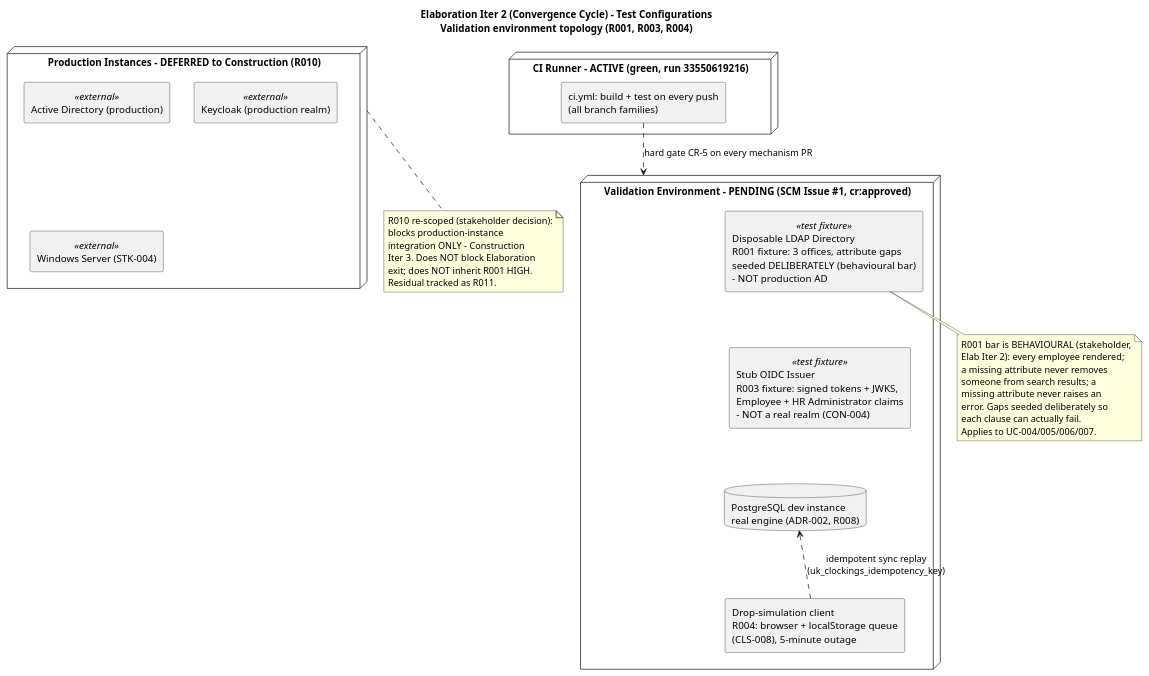
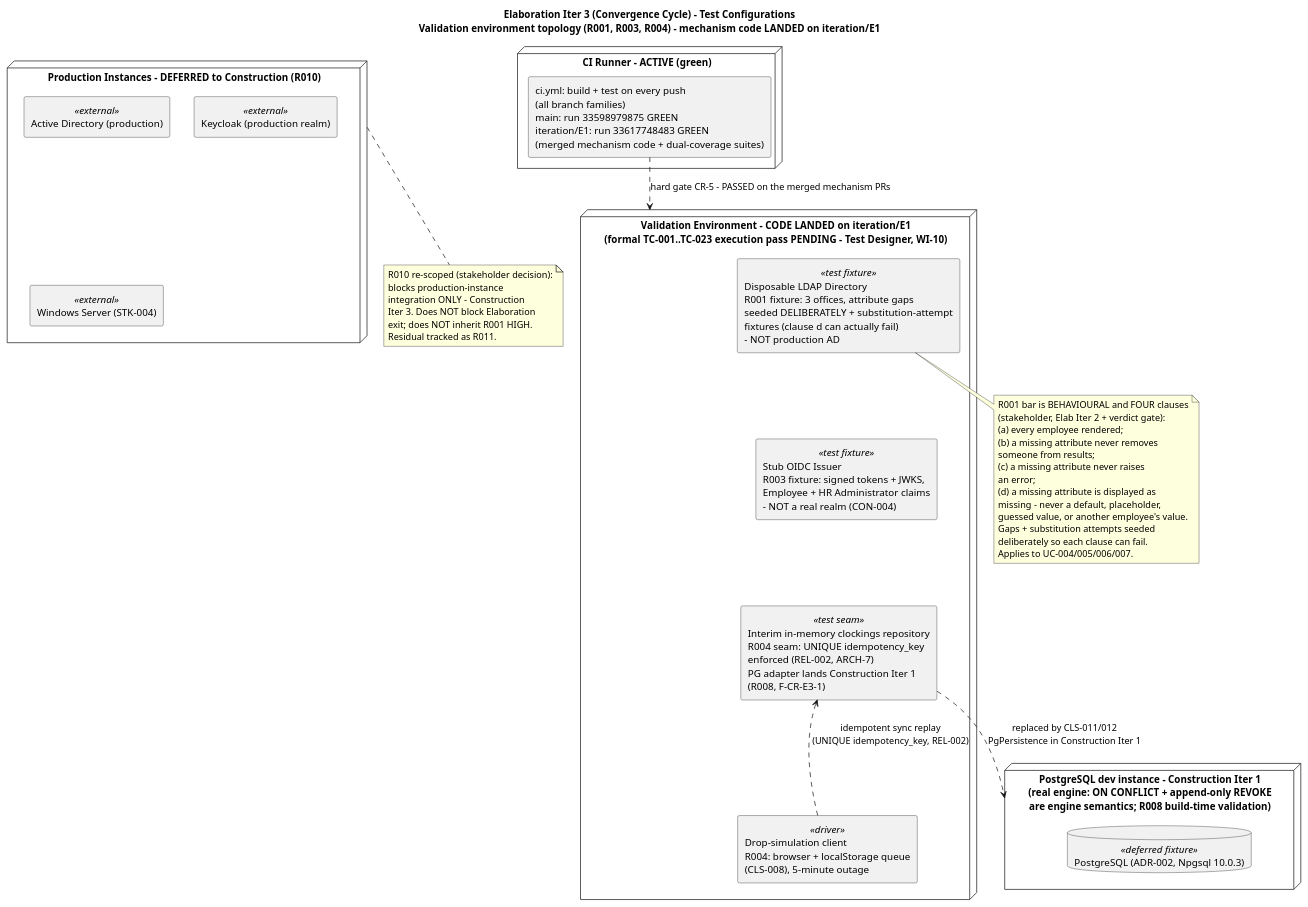
Before and after one commit to banense-test/employee-portal: the first of 5 diagrams in docs/artifacts/test/test-evaluation-summary.md, drawn with PlantUML. The commit also changed other lines of this file, not shown here.

First line of the commit message:
Test Manager [E3]: upsert Test Evaluation Summary

````diff
--- a/docs/artifacts/test/test-evaluation-summary.md
+++ b/docs/artifacts/test/test-evaluation-summary.md
@@ -39,50 +40,60 @@
 ```plantuml
 @startuml
 skinparam componentStyle rectangle
 skinparam fontSize 11
-title Elaboration Iter 2 (Convergence Cycle) - Test Configurations\nValidation environment topology (R001, R003, R004)
+title Elaboration Iter 3 (Convergence Cycle) - Test Configurations\nValidation environment topology (R001, R003, R004) - mechanism code LANDED on iteration/E1
 
-node "CI Runner - ACTIVE (green, run 33550619216)" as CI {
-  component "ci.yml: build + test on every push\n(all branch families)" as CIPIPE
+node "CI Runner - ACTIVE (green)" as CI {
+  component "ci.yml: build + test on every push\n(all branch families)\nmain: run 33598979875 GREEN\niteration/E1: run 33617748483 GREEN\n(merged mechanism code + dual-coverage suites)" as CIPIPE
 }
 
-node "Validation Environment - PENDING (SCM Issue #1, cr:approved)" as VAL {
-  component "Disposable LDAP Directory\nR001 fixture: 3 offices, attribute gaps\nseeded DELIBERATELY (behavioural bar)\n- NOT production AD" as LDAPD <<test fixture>>
+node "Validation Environment - CODE LANDED on iteration/E1\n(formal TC-001..TC-023 execution pass PENDING - Test Designer, WI-10)" as VAL {
+  component "Disposable LDAP Directory\nR001 fixture: 3 offices, attribute gaps\nseeded DELIBERATELY + substitution-attempt\nfixtures (clause d can actually fail)\n- NOT production AD" as LDAPD <<test fixture>>
   component "Stub OIDC Issuer\nR003 fixture: signed tokens + JWKS,\nEmployee + HR Administrator claims\n- NOT a real realm (CON-004)" as STUB <<test fixture>>
-  database "PostgreSQL dev instance\nreal engine (ADR-002, R008)" as PGDEV
-  component "Drop-simulation client\nR004: browser + localStorage queue\n(CLS-008), 5-minute outage" as DROP
+  component "Interim in-memory clockings repository\nR004 seam: UNIQUE idempotency_key\nenforced (REL-002, ARCH-7)\nPG adapter lands Construction Iter 1\n(R008, F-CR-E3-1)" as REPO <<test seam>>
+  component "Drop-simulation client\nR004: browser + localStorage queue\n(CLS-008), 5-minute outage" as DROPC <<driver>>
+}
+
+node "PostgreSQL dev instance - Construction Iter 1\n(real engine: ON CONFLICT + append-only REVOKE\nare engine semantics; R008 build-time validation)" as PGDEF {
+  database "PostgreSQL (ADR-002, Npgsql 10.0.3)" as PGDEV <<deferred fixture>>
 }
 
 node "Production Instances - DEFERRED to Construction (R010)" as PROD {
   component "Active Directory (production)" as ADP <<external>>
   component "Keycloak (production realm)" as KCP <<external>>
   component "Windows Server (STK-004)" as WSP <<external>>
 }
 
-CIPIPE ..> VAL : hard gate CR-5 on every mechanism PR
-DROP ..> PGDEV : idempotent sync replay\n(uk_clockings_idempotency_key)
+CIPIPE ..> VAL : hard gate CR-5 - PASSED on the merged mechanism PRs
+DROPC ..> REPO : idempotent sync replay\n(UNIQUE idempotency_key, REL-002)
+REPO ..> PGDEF : replaced by CLS-011/012\nPgPersistence in Construction Iter 1
 LDAPD -[hidden]-> STUB
-STUB -[hidden]-> PGDEV
-PGDEV -[hidden]-> DROP
+STUB -[hidden]-> REPO
+REPO -[hidden]-> DROPC
 
 note bottom of LDAPD
-  R001 bar is BEHAVIOURAL (stakeholder,
-  Elab Iter 2): every employee rendered;
-  a missing attribute never removes
-  someone from search results; a
-  missing attribute never raises an
-  error. Gaps seeded deliberately so
-  each clause can actually fail.
+  R001 bar is BEHAVIOURAL and FOUR clauses
+  (stakeholder, Elab Iter 2 + verdict gate):
+  (a) every employee rendered;
+  (b) a missing attribute never removes
+  someone from results;
+  (c) a missing attribute never raises
+  an error;
+  (d) a missing attribute is displayed as
+  missing - never a default, placeholder,
+  guessed value, or another employee's value.
+  Gaps + substitution attempts seeded
+  deliberately so each clause can fail.
   Applies to UC-004/005/006/007.
 end note
 
 note bottom of PROD
   R010 re-scoped (stakeholder decision):
   blocks production-instance
   integration ONLY - Construction
   Iter 3. Does NOT block Elaboration
   exit; does NOT inherit R001 HIGH.
   Residual tracked as R011.
 end note
 @enduml
 ```
````
